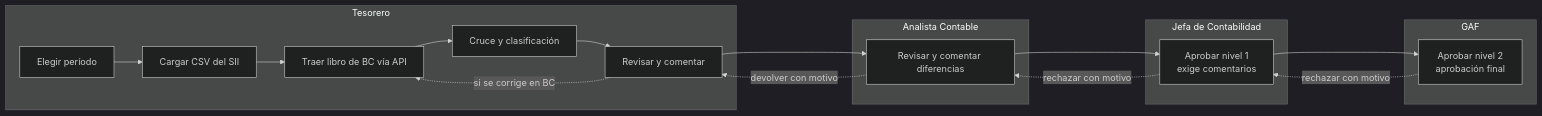
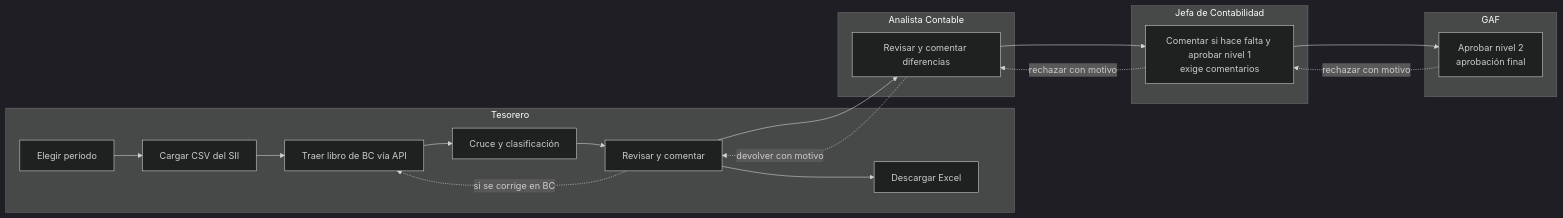
The diagram in docs/PRD.md (miguel-cortes-14/conciliasii), drawn with Mermaid (dark theme) before and after one commit. The commit also changed other lines of this file and 7 other files, not shown here.

````diff
--- a/docs/PRD.md
+++ b/docs/PRD.md
@@ -58,20 +59,21 @@
 ```mermaid
 flowchart LR
   subgraph T[Tesorero]
     A[Elegir período] --> B[Cargar CSV del SII] --> C[Traer libro de BC vía API] --> D[Cruce y clasificación] --> E[Revisar y comentar]
     E -. si se corrige en BC .-> C
+    E --> X[Descargar Excel]
   end
   subgraph AC[Analista Contable]
     F[Revisar y comentar diferencias]
   end
   subgraph J[Jefa de Contabilidad]
-    G[Aprobar nivel 1<br/>exige comentarios]
+    G[Comentar si hace falta y aprobar nivel 1<br/>exige comentarios]
   end
   subgraph GF[GAF]
     H[Aprobar nivel 2<br/>aprobación final]
   end
   E --> F --> G --> H
   F -. devolver con motivo .-> E
   G -. rechazar con motivo .-> F
   H -. rechazar con motivo .-> G
 ```
````
